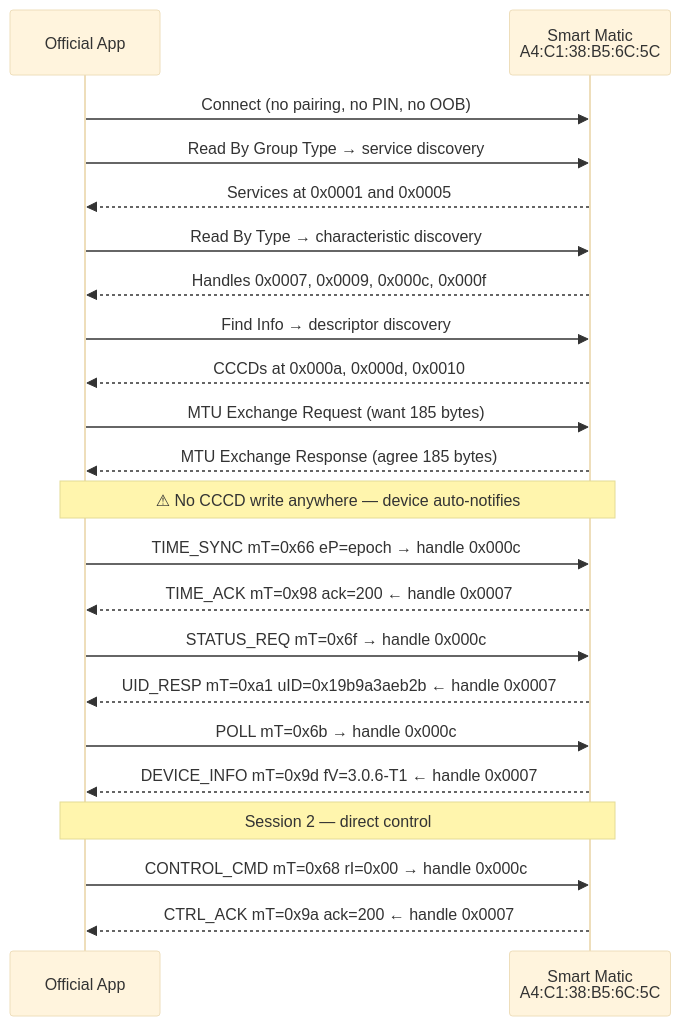
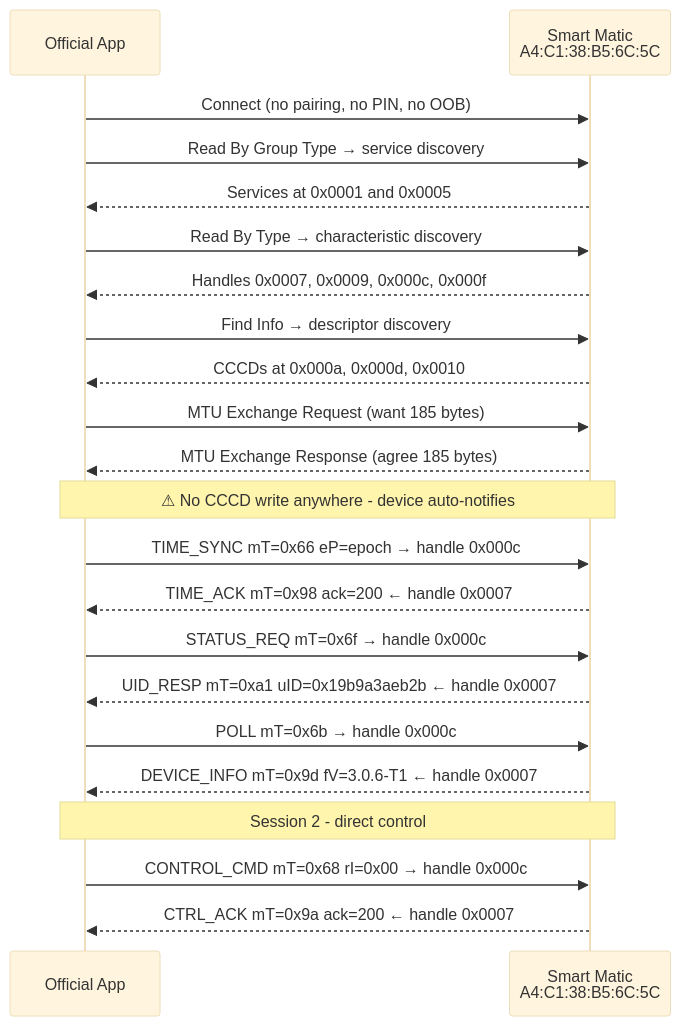
Before and after one commit to V33RU/veera.github.io: the fourth of 10 diagrams in content/blog/godrej-smart-matic.md, drawn with Mermaid (base theme). The commit also changed other lines of this file and 5 other files, not shown here.

````diff
--- a/content/blog/godrej-smart-matic.md
+++ b/content/blog/godrej-smart-matic.md
@@ -208,25 +208,25 @@
 ```mermaid
 sequenceDiagram
     participant App as Official App
     participant Dev as Smart Matic<br/>A4:C1:38:B5:6C:5C
 
     App->>Dev: Connect (no pairing, no PIN, no OOB)
     App->>Dev: Read By Group Type → service discovery
     Dev-->>App: Services at 0x0001 and 0x0005
     App->>Dev: Read By Type → characteristic discovery
     Dev-->>App: Handles 0x0007, 0x0009, 0x000c, 0x000f
     App->>Dev: Find Info → descriptor discovery
     Dev-->>App: CCCDs at 0x000a, 0x000d, 0x0010
     App->>Dev: MTU Exchange Request (want 185 bytes)
     Dev-->>App: MTU Exchange Response (agree 185 bytes)
-    Note over App,Dev: ⚠ No CCCD write anywhere — device auto-notifies
+    Note over App,Dev: ⚠ No CCCD write anywhere - device auto-notifies
     App->>Dev: TIME_SYNC mT=0x66 eP=epoch → handle 0x000c
     Dev-->>App: TIME_ACK mT=0x98 ack=200 ← handle 0x0007
     App->>Dev: STATUS_REQ mT=0x6f → handle 0x000c
     Dev-->>App: UID_RESP mT=0xa1 uID=0x19b9a3aeb2b ← handle 0x0007
     App->>Dev: POLL mT=0x6b → handle 0x000c
     Dev-->>App: DEVICE_INFO mT=0x9d fV=3.0.6-T1 ← handle 0x0007
-    Note over App,Dev: Session 2 — direct control
+    Note over App,Dev: Session 2 - direct control
     App->>Dev: CONTROL_CMD mT=0x68 rI=0x00 → handle 0x000c
     Dev-->>App: CTRL_ACK mT=0x9a ack=200 ← handle 0x0007
 ```
````
